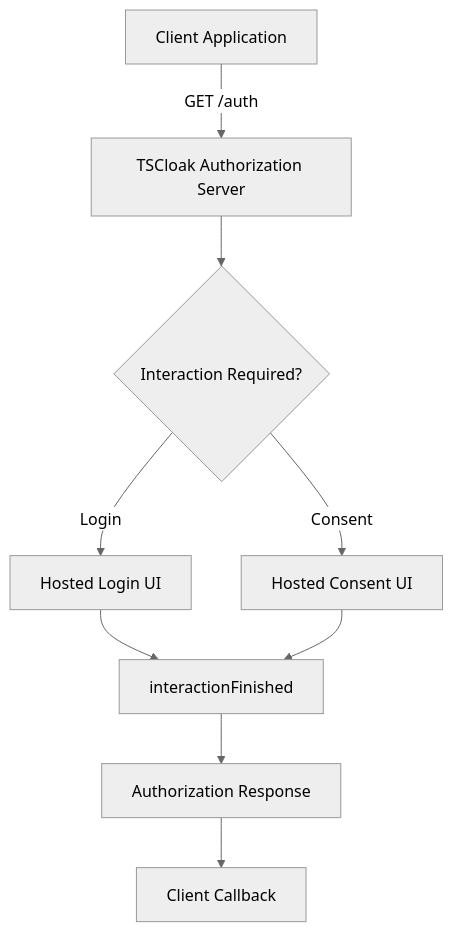
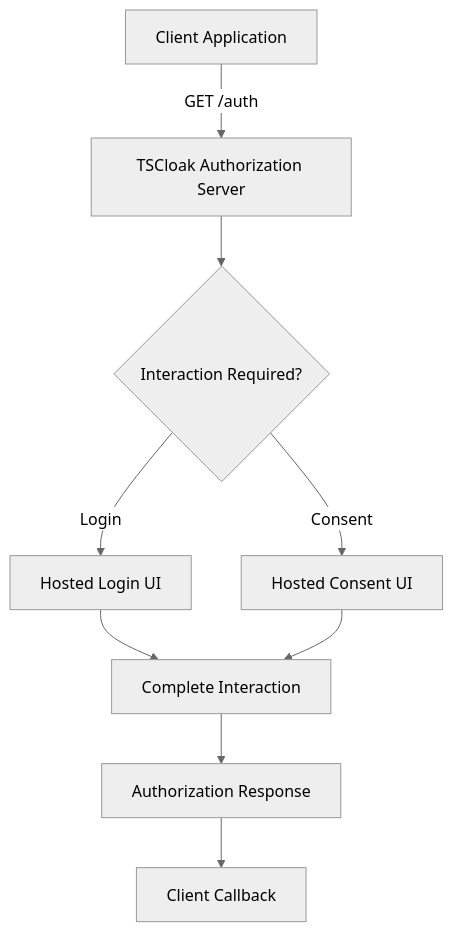
Before and after one commit to TechSivaram/tscloak: the third of 18 diagrams in README.md, drawn with Mermaid (neutral theme). The commit also changed other lines of this file, not shown here.

````diff
--- a/README.md
+++ b/README.md
@@ -161,11 +162,11 @@
 ```mermaid
 flowchart TD
     A["Client Application"] -->|GET /auth| B["TSCloak Authorization Server"]
-    B --> C{Interaction Required?}
+    B --> C{"Interaction Required?"}
     C -->|Login| D["Hosted Login UI"]
     C -->|Consent| E["Hosted Consent UI"]
-    D --> F["interactionFinished"]
+    D --> F["Complete Interaction"]
     E --> F
     F --> G["Authorization Response"]
     G --> H["Client Callback"]
 ```
````
